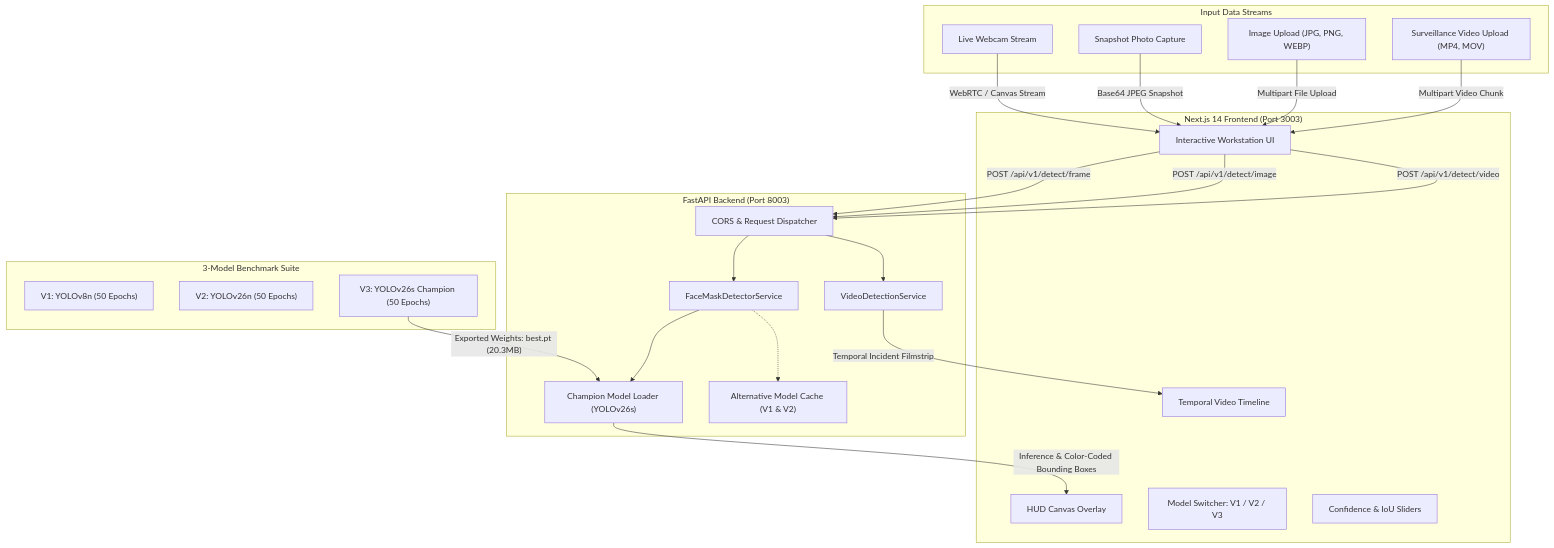
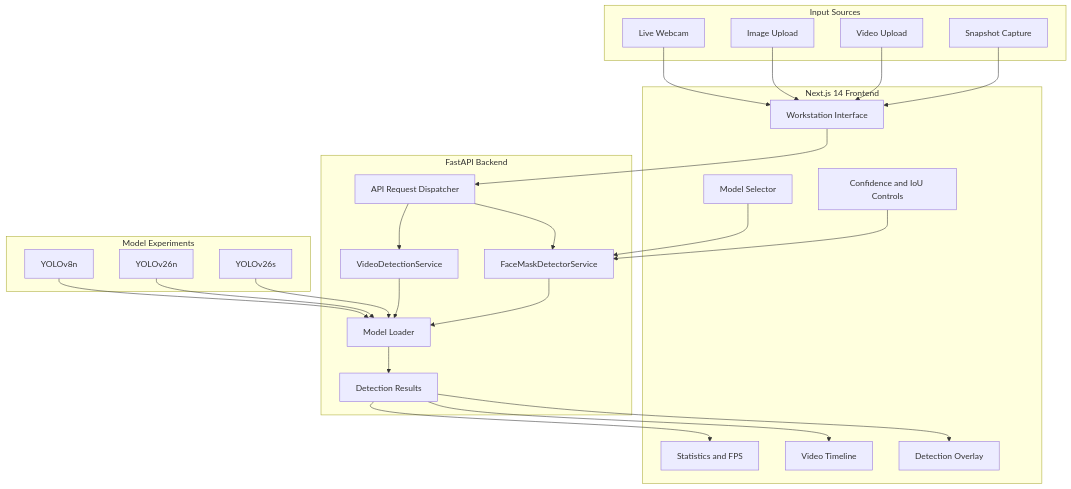
One commit to AliKhan-Devs/Deep-Learning changed the diagram in 06_Face_Mask_Detection/README.md. Above: the diagram before and after it, drawn with Mermaid. The commit also changed other lines of this file and 13 other files, not shown here.

````diff
--- a/06_Face_Mask_Detection/README.md
+++ b/06_Face_Mask_Detection/README.md
@@ -129,49 +259,56 @@
 ```mermaid
 flowchart TD
-    subgraph Input_Modes["Input Data Streams"]
-        A1["Live Webcam Stream"]
-        A2["Snapshot Photo Capture"]
-        A3["Image Upload (JPG, PNG, WEBP)"]
-        A4["Surveillance Video Upload (MP4, MOV)"]
+    subgraph Input["Input Sources"]
+        A1["Live Webcam"]
+        A2["Image Upload"]
+        A3["Video Upload"]
+        A4["Snapshot Capture"]
     end
 
-    subgraph Client_App["Next.js 14 Frontend (Port 3003)"]
-        B1["Interactive Workstation UI"]
-        B2["HUD Canvas Overlay"]
-        B3["Model Switcher: V1 / V2 / V3"]
-        B4["Confidence & IoU Sliders"]
-        B5["Temporal Video Timeline"]
+    subgraph Frontend["Next.js 14 Frontend"]
+        B1["Workstation Interface"]
+        B2["Detection Overlay"]
+        B3["Model Selector"]
+        B4["Confidence and IoU Controls"]
+        B5["Video Timeline"]
+        B6["Statistics and FPS"]
     end
 
-    subgraph Backend_Server["FastAPI Backend (Port 8003)"]
-        C1["CORS & Request Dispatcher"]
+    subgraph Backend["FastAPI Backend"]
+        C1["API Request Dispatcher"]
         C2["FaceMaskDetectorService"]
         C3["VideoDetectionService"]
-        C4["Champion Model Loader (YOLOv26s)"]
-        C5["Alternative Model Cache (V1 & V2)"]
+        C4["Model Loader"]
+        C5["Detection Results"]
     end
 
-    subgraph Evaluation_Suite["3-Model Benchmark Suite"]
-        D1["V1: YOLOv8n (50 Epochs)"]
-        D2["V2: YOLOv26n (50 Epochs)"]
-        D3["V3: YOLOv26s Champion (50 Epochs)"]
+    subgraph Models["Model Experiments"]
+        D1["YOLOv8n"]
+        D2["YOLOv26n"]
+        D3["YOLOv26s"]
     end
 
-    A1 -->|"WebRTC / Canvas Stream"| B1
-    A2 -->|"Base64 JPEG Snapshot"| B1
-    A3 -->|"Multipart File Upload"| B1
-    A4 -->|"Multipart Video Chunk"| B1
+    A1 --> B1
+    A2 --> B1
+    A3 --> B1
+    A4 --> B1
 
-    B1 -->|"POST /api/v1/detect/frame"| C1
-    B1 -->|"POST /api/v1/detect/image"| C1
-    B1 -->|"POST /api/v1/detect/video"| C1
+    B1 --> C1
+    B3 --> C2
+    B4 --> C2
 
     C1 --> C2
     C1 --> C3
+
     C2 --> C4
-    C2 -.-> C5
+    C3 --> C4
 
-    C4 -->|"Inference & Color-Coded Bounding Boxes"| B2
-    C3 -->|"Temporal Incident Filmstrip"| B5
-    D3 -->|"Exported Weights: best.pt (20.3MB)"| C4
+    D1 --> C4
+    D2 --> C4
+    D3 --> C4
+
+    C4 --> C5
+    C5 --> B2
+    C5 --> B5
+    C5 --> B6
 ```
````
